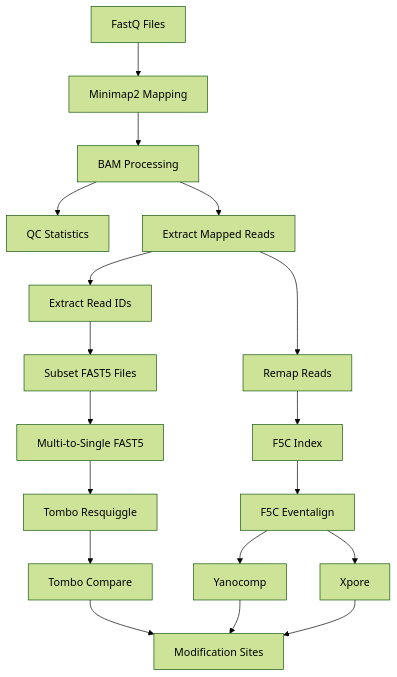
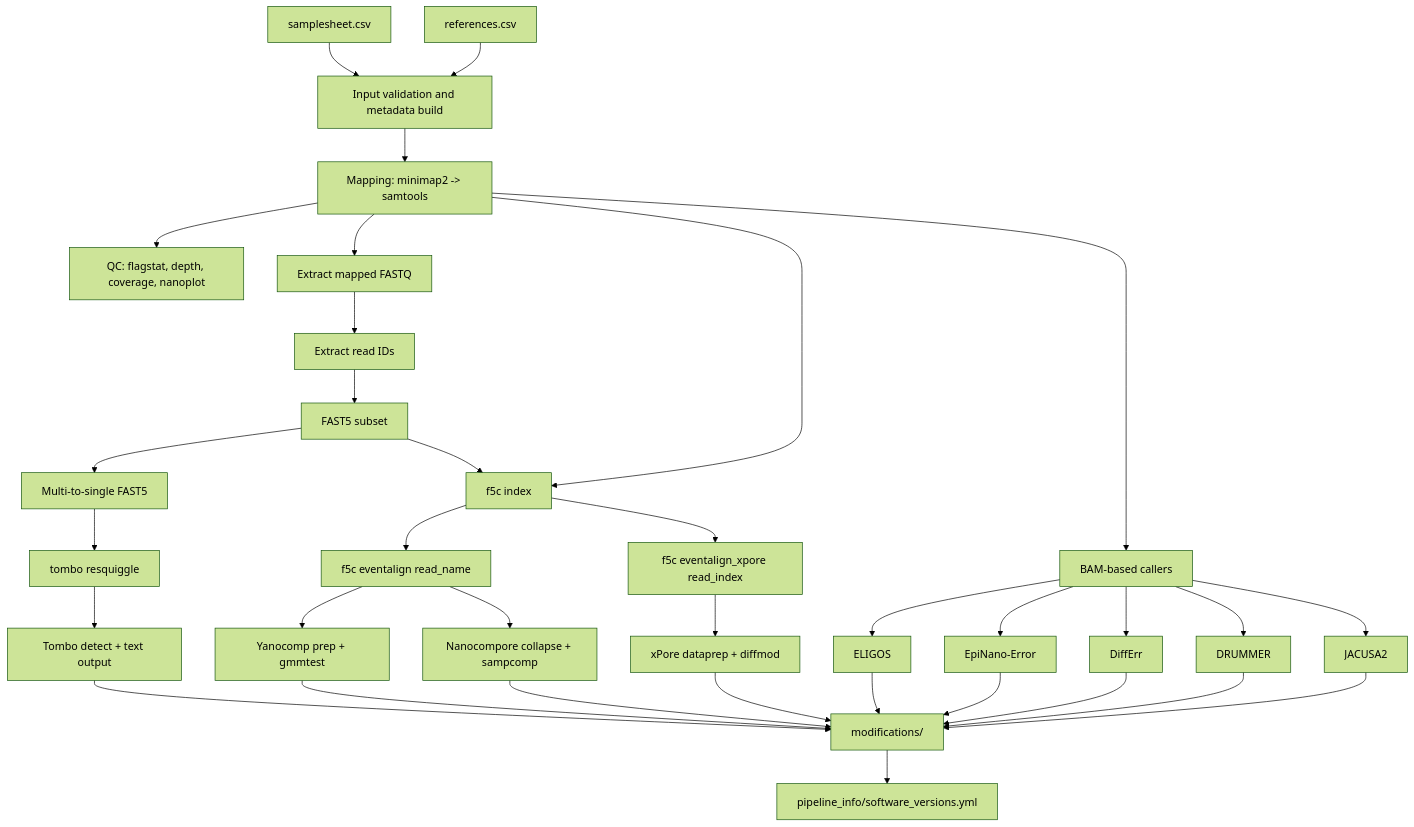
One commit to bhargava-morampalli/rnamodbench changed the diagram in README.md. Above: the diagram before and after it, drawn with Mermaid (forest theme). The commit also changed other lines of this file, not shown here.

````diff
--- a/README.md
+++ b/README.md
@@ -31,20 +29,44 @@
 ```mermaid
 graph TD
-    A[FastQ Files] --> B[Minimap2 Mapping]
-    B --> C[BAM Processing]
-    C --> D[QC Statistics]
-    C --> E[Extract Mapped Reads]
-    E --> F[Extract Read IDs]
-    F --> G[Subset FAST5 Files]
-    G --> H[Multi-to-Single FAST5]
-    H --> I[Tombo Resquiggle]
-    E --> J[Remap Reads]
-    J --> K[F5C Index]
-    K --> L[F5C Eventalign]
-    I --> M[Tombo Compare]
-    M --> N[Modification Sites]
-    L --> O[Yanocomp]
-    L --> P[Xpore]
-    O --> N
-    P --> N
+    A[samplesheet.csv] --> C[Input validation and metadata build]
+    B[references.csv] --> C
+
+    C --> D[Mapping: minimap2 -> samtools]
+    D --> E[QC: flagstat, depth, coverage, nanoplot]
+
+    D --> F[Extract mapped FASTQ]
+    F --> G[Extract read IDs]
+    G --> H[FAST5 subset]
+    H --> I[Multi-to-single FAST5]
+
+    D --> J[f5c index]
+    H --> J
+    J --> K[f5c eventalign read_name]
+    J --> L[f5c eventalign_xpore read_index]
+
+    I --> M[tombo resquiggle]
+
+    M --> N[Tombo detect + text output]
+    K --> O[Yanocomp prep + gmmtest]
+    K --> P[Nanocompore collapse + sampcomp]
+    L --> Q[xPore dataprep + diffmod]
+
+    D --> R[BAM-based callers]
+    R --> S[ELIGOS]
+    R --> T[EpiNano-Error]
+    R --> U[DiffErr]
+    R --> V[DRUMMER]
+    R --> W[JACUSA2]
+
+    N --> X[modifications/]
+    O --> X
+    P --> X
+    Q --> X
+    S --> X
+    T --> X
+    U --> X
+    V --> X
+    W --> X
+
+    X --> Y[pipeline_info/software_versions.yml]
 ```
````
